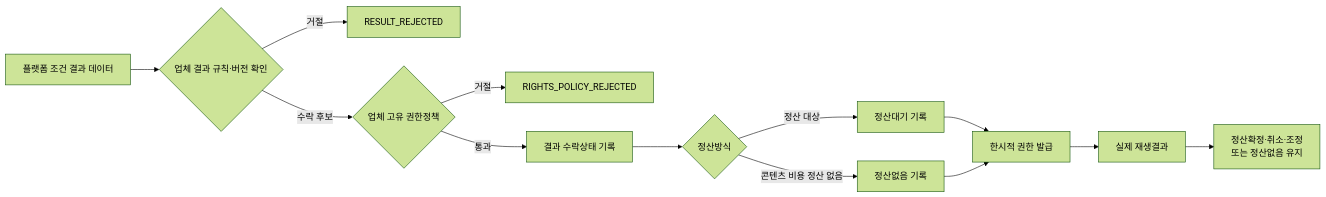
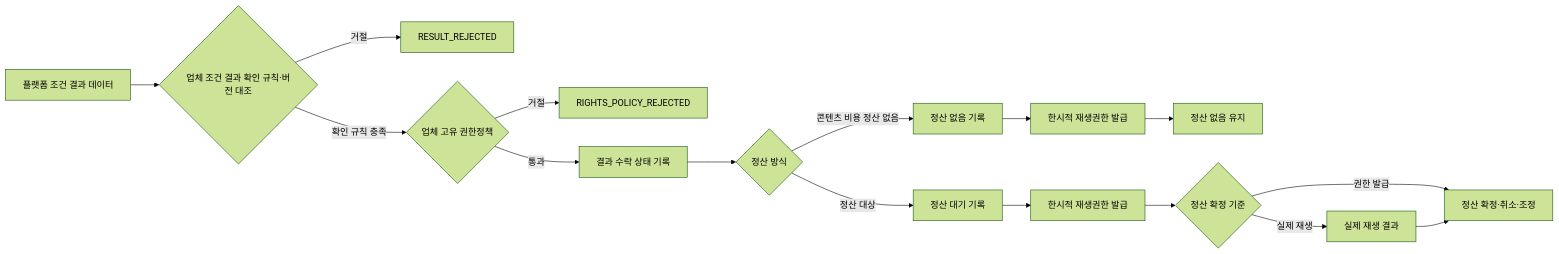
One commit to growdai1y/instant-play changed the seventh of 14 diagrams in instant_play_직무발명서_개선본.md. Above: the diagram before and after it, drawn with Mermaid (forest theme). The commit also changed other lines of this file and 10 other files, not shown here.

````diff
--- a/instant_play_직무발명서_개선본.md
+++ b/instant_play_직무발명서_개선본.md
@@ -1063,15 +1065,18 @@
 ```mermaid
 flowchart LR
-    A["플랫폼 조건 결과 데이터"] --> B{"업체 결과 규칙·버전 확인"}
+    A["플랫폼 조건 결과 데이터"] --> B{"업체 조건 결과 확인 규칙·버전 대조"}
     B -->|거절| C["RESULT_REJECTED"]
-    B -->|수락 후보| D{"업체 고유 권한정책"}
+    B -->|확인 규칙 충족| D{"업체 고유 권한정책"}
     D -->|거절| E["RIGHTS_POLICY_REJECTED"]
-    D -->|통과| F["결과 수락상태 기록"]
-    F --> G{"정산방식"}
-    G -->|정산 대상| H["정산대기 기록"]
-    G -->|콘텐츠 비용 정산 없음| I["정산없음 기록"]
-    H --> J["한시적 권한 발급"]
-    I --> J
-    J --> K["실제 재생결과"]
-    K --> L["정산확정·취소·조정<br/>또는 정산없음 유지"]
+    D -->|통과| F["결과 수락 상태 기록"]
+    F --> G{"정산 방식"}
+    G -->|정산 대상| H["정산 대기 기록"]
+    G -->|콘텐츠 비용 정산 없음| I["정산 없음 기록"]
+    H --> J["한시적 재생권한 발급"]
+    I --> N["한시적 재생권한 발급"]
+    N --> L["정산 없음 유지"]
+    J --> M{"정산 확정 기준"}
+    M -->|권한 발급| O["정산 확정·취소·조정"]
+    M -->|실제 재생| K["실제 재생 결과"]
+    K --> O
 ```
````
